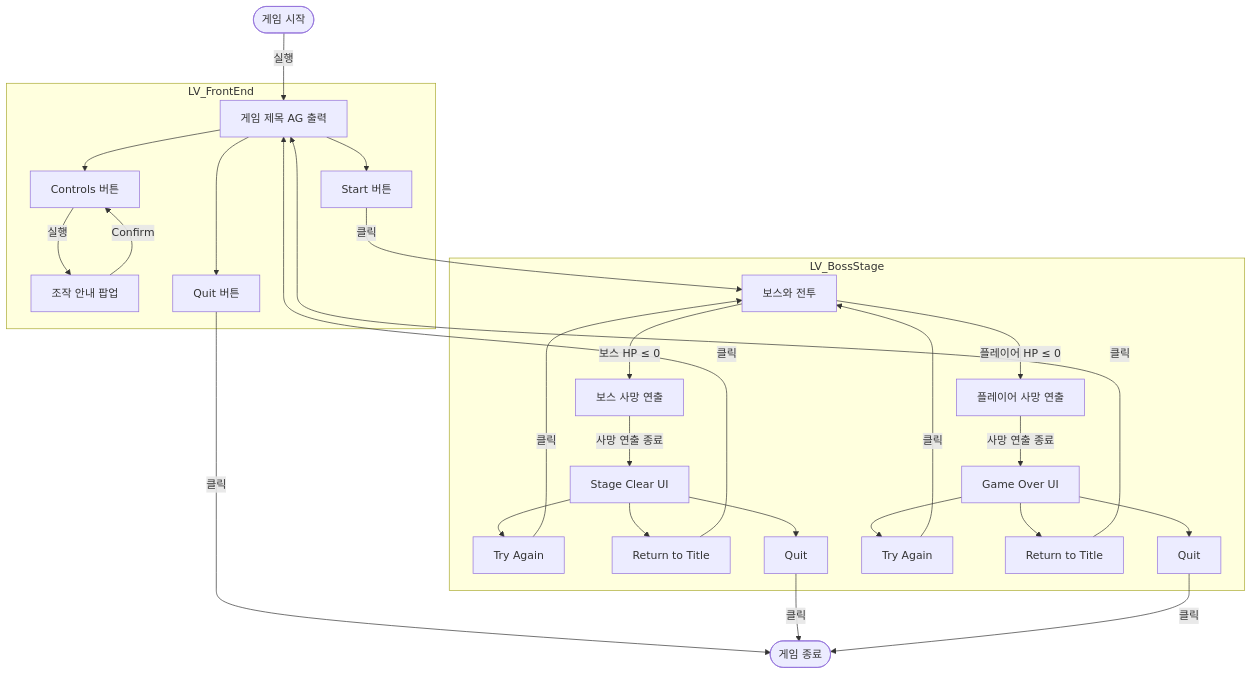
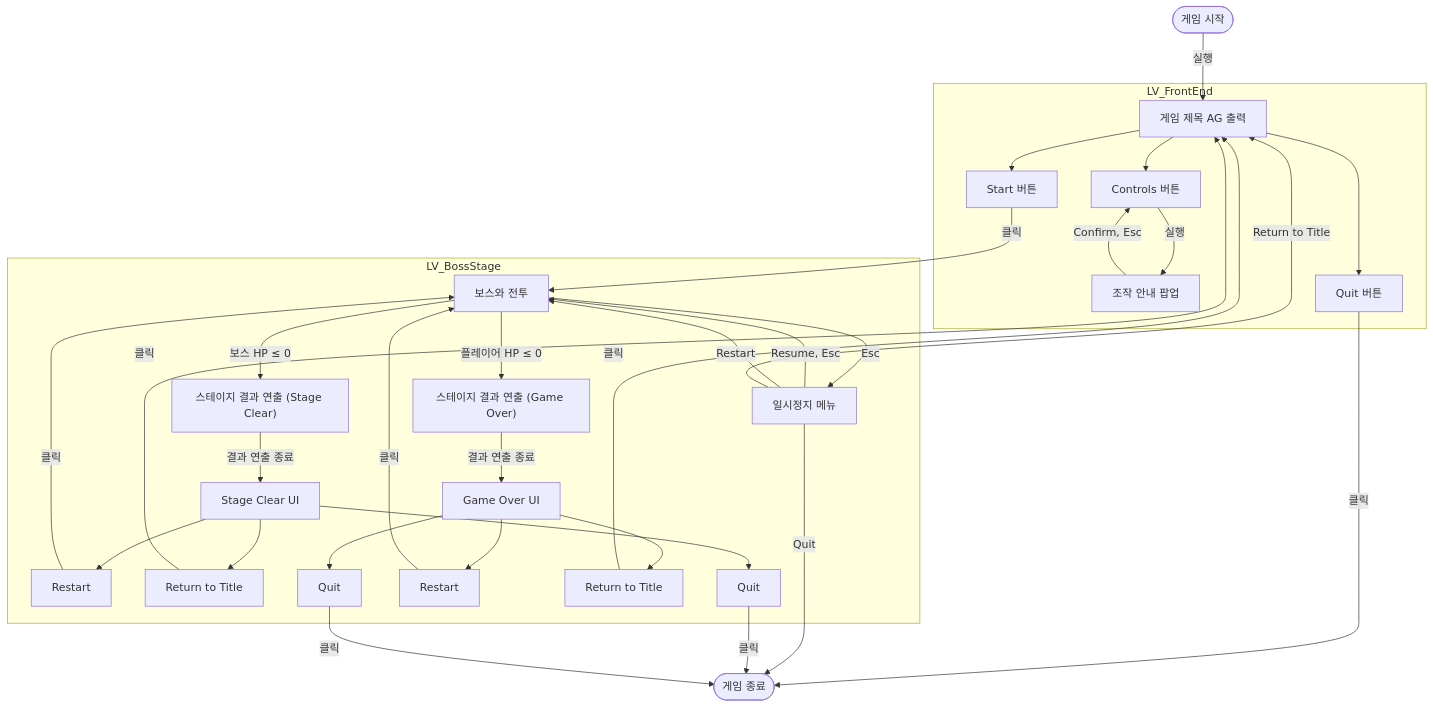
Before and after one commit to Woogl/Ag: the diagram in Docs/Design/게임 플로우.md, drawn with Mermaid. The commit also changed other lines of this file and 44 other files, not shown here.

````diff
--- a/Docs/Design/게임 플로우.md
+++ b/Docs/Design/게임 플로우.md
@@ -49,52 +58,58 @@
 ```mermaid
 flowchart TD
     start([게임 시작]) -->|실행| title
 
     subgraph FE["LV_FrontEnd"]
         title["게임 제목 AG 출력"]
         startBtn[Start 버튼]
         controlsBtn[Controls 버튼]
         controlsPopup[조작 안내 팝업]
         quitBtn[Quit 버튼]
         title --> startBtn
         title --> controlsBtn
         title --> quitBtn
         controlsBtn -->|실행| controlsPopup
-        controlsPopup -->|Confirm| controlsBtn
+        controlsPopup -->|Confirm, Esc| controlsBtn
     end
 
     quitBtn -->|클릭| exitGame([게임 종료])
     startBtn -->|클릭| combat
 
     subgraph BOSS["LV_BossStage"]
         combat[보스와 전투]
-        bossDeath[보스 사망 연출]
-        playerDeath[플레이어 사망 연출]
+        pauseUI[일시정지 메뉴]
+        bossDeath["스테이지 결과 연출 (Stage Clear)"]
+        playerDeath["스테이지 결과 연출 (Game Over)"]
         clearUI[Stage Clear UI]
         overUI[Game Over UI]
-        clearRetry[Try Again]
+        clearRetry[Restart]
         clearHome[Return to Title]
         clearQuit[Quit]
-        overRetry[Try Again]
+        overRetry[Restart]
         overHome[Return to Title]
         overQuit[Quit]
 
+        combat -->|Esc| pauseUI
+        pauseUI -->|Resume, Esc| combat
         combat -->|보스 HP ≤ 0| bossDeath
         combat -->|플레이어 HP ≤ 0| playerDeath
-        bossDeath -->|사망 연출 종료| clearUI
-        playerDeath -->|사망 연출 종료| overUI
+        bossDeath -->|결과 연출 종료| clearUI
+        playerDeath -->|결과 연출 종료| overUI
         clearUI --> clearRetry
         clearUI --> clearHome
         clearUI --> clearQuit
         overUI --> overRetry
         overUI --> overHome
         overUI --> overQuit
     end
 
+    pauseUI -->|Restart| combat
+    pauseUI -->|Return to Title| title
+    pauseUI -->|Quit| exitGame
     clearRetry -->|클릭| combat
     overRetry -->|클릭| combat
     clearHome -->|클릭| title
     overHome -->|클릭| title
     clearQuit -->|클릭| exitGame
     overQuit -->|클릭| exitGame
 ```
````
